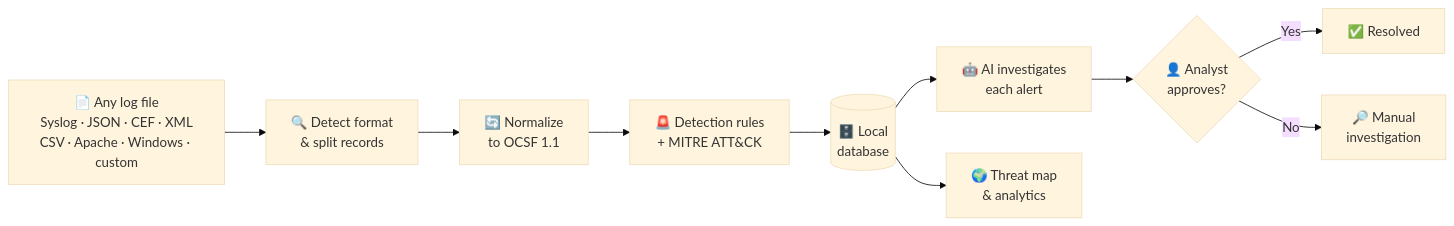
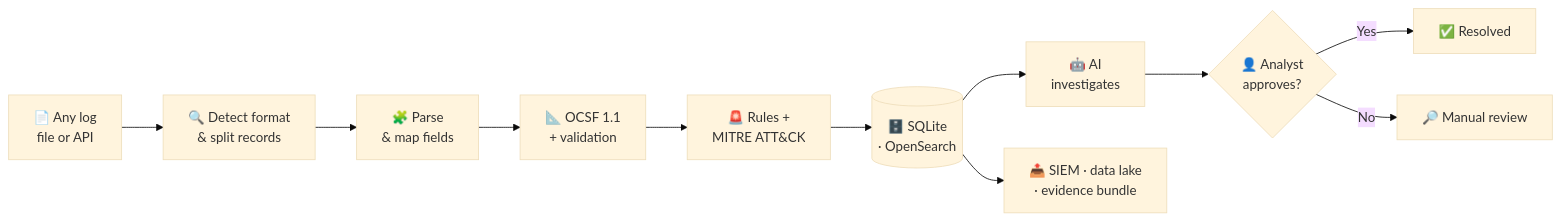
Before and after one commit to Sahil-242-ops/Logvault: the first of 2 diagrams in README.md, drawn with Mermaid (base theme). The commit also changed other lines of this file and 10 other files, not shown here.

````diff
--- a/README.md
+++ b/README.md
@@ -152,12 +266,13 @@
 ```mermaid
 flowchart LR
-    A["📄 Any log file<br/>Syslog · JSON · CEF · XML<br/>CSV · Apache · Windows · custom"] --> B["🔍 Detect format<br/>& split records"]
-    B --> C["🔄 Normalize<br/>to OCSF 1.1"]
-    C --> D["🚨 Detection rules<br/>+ MITRE ATT&CK"]
-    D --> E[("🗄️ Local<br/>database")]
-    E --> F["🤖 AI investigates<br/>each alert"]
-    F --> G{"👤 Analyst<br/>approves?"}
-    G -- Yes --> H["✅ Resolved"]
-    G -- No --> I["🔎 Manual<br/>investigation"]
-    E --> J["🌍 Threat map<br/>& analytics"]
+    A["📄 Any log<br/>file or API"] --> B["🔍 Detect format<br/>& split records"]
+    B --> C["🧩 Parse<br/>& map fields"]
+    C --> D["📐 OCSF 1.1<br/>+ validation"]
+    D --> E["🚨 Rules +<br/>MITRE ATT&CK"]
+    E --> F[("🗄️ SQLite<br/>· OpenSearch")]
+    F --> G["🤖 AI<br/>investigates"]
+    G --> H{"👤 Analyst<br/>approves?"}
+    H -- Yes --> I["✅ Resolved"]
+    H -- No --> J["🔎 Manual review"]
+    F --> K["📤 SIEM · data lake<br/>· evidence bundle"]
 ```
````
